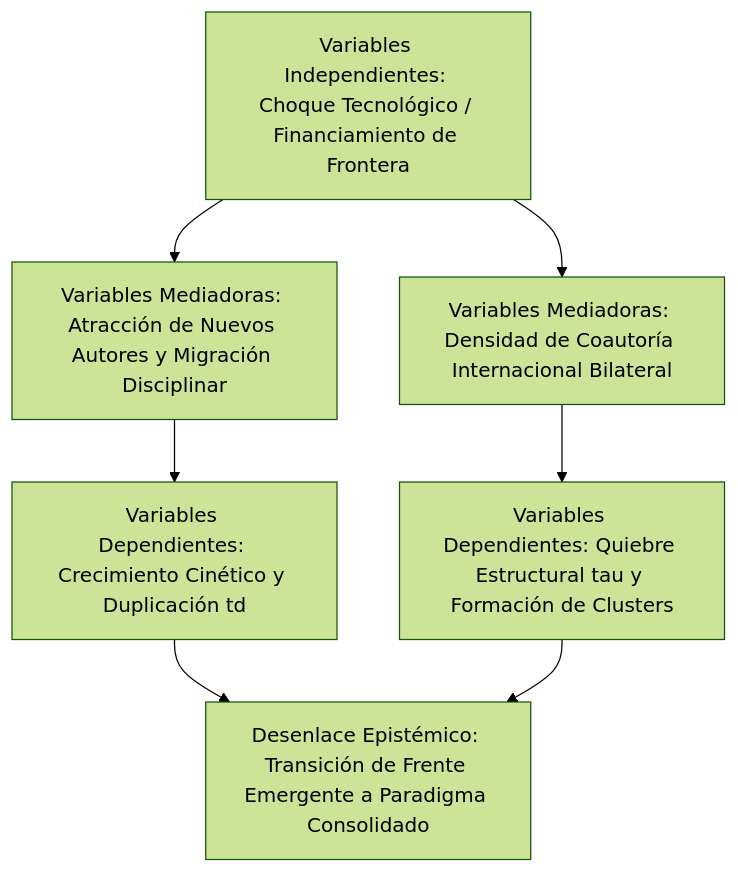
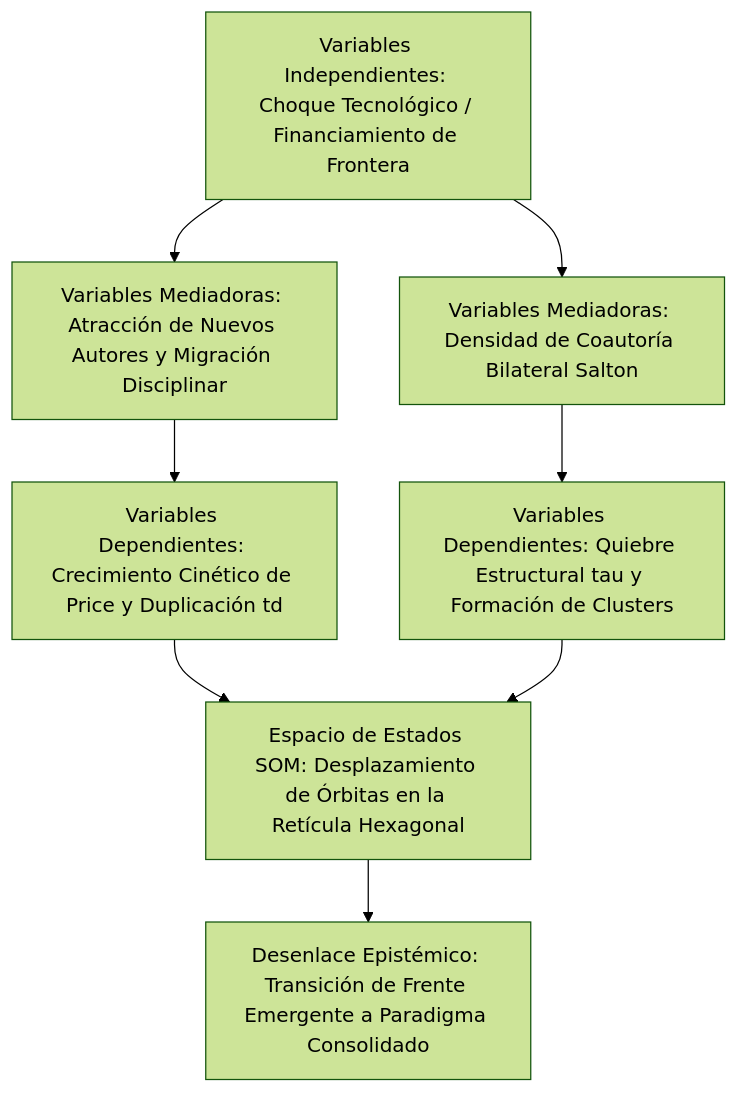
One commit to chilti/sos-mcp-services changed the diagram in .agents/skills/template-articulo-cientifico-imryd/SKILL.md. Above: the diagram before and after it, drawn with Mermaid (forest theme). The commit also changed other lines of this file and 3 other files, not shown here.

````diff
--- a/.agents/skills/template-articulo-cientifico-imryd/SKILL.md
+++ b/.agents/skills/template-articulo-cientifico-imryd/SKILL.md
@@ -104,9 +123,10 @@
 ```mermaid
 graph TD
     IV[Variables Independientes: Choque Tecnológico / Financiamiento de Frontera] --> MV1[Variables Mediadoras: Atracción de Nuevos Autores y Migración Disciplinar]
-    IV --> MV2[Variables Mediadoras: Densidad de Coautoría Internacional Bilateral]
-    MV1 --> DV1[Variables Dependientes: Crecimiento Cinético y Duplicación td]
+    IV --> MV2[Variables Mediadoras: Densidad de Coautoría Bilateral Salton]
+    MV1 --> DV1[Variables Dependientes: Crecimiento Cinético de Price y Duplicación td]
     MV2 --> DV2[Variables Dependientes: Quiebre Estructural tau y Formación de Clusters]
-    DV1 --> Out[Desenlace Epistémico: Transición de Frente Emergente a Paradigma Consolidado]
-    DV2 --> Out
+    DV1 --> SOM[Espacio de Estados SOM: Desplazamiento de Órbitas en la Retícula Hexagonal]
+    DV2 --> SOM
+    SOM --> Out[Desenlace Epistémico: Transición de Frente Emergente a Paradigma Consolidado]
 ```
````
